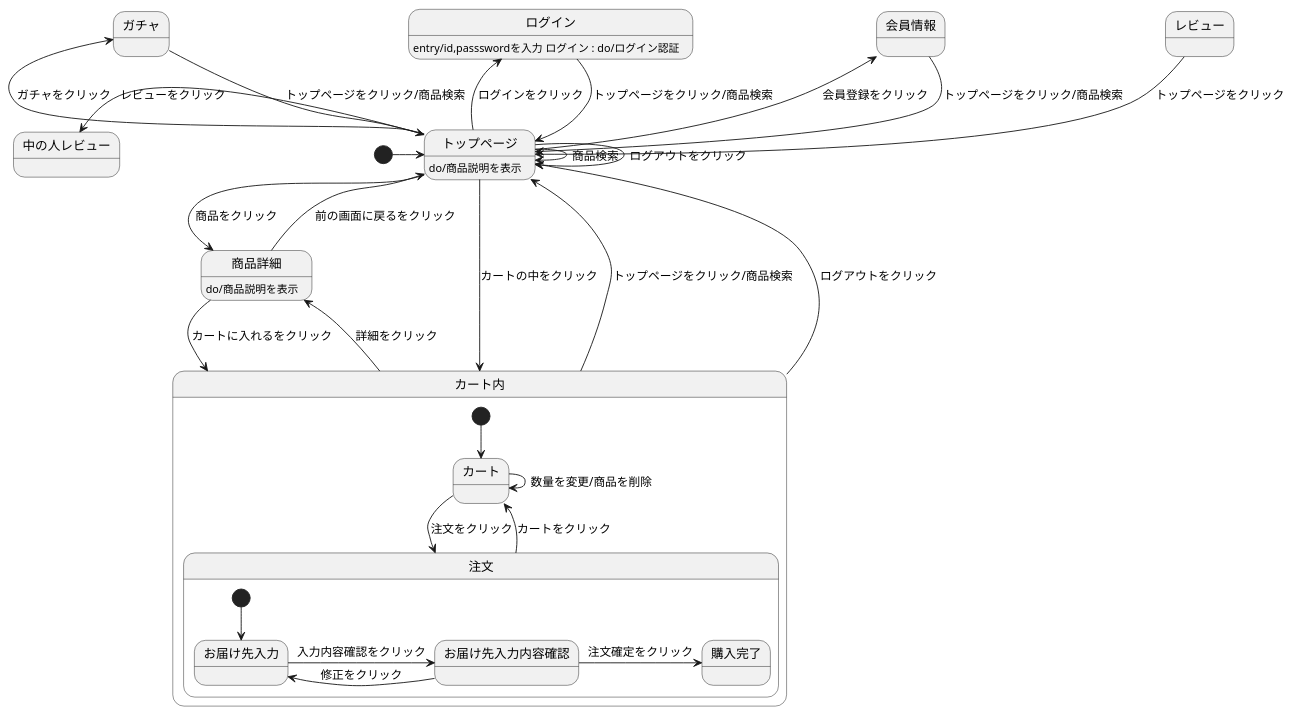
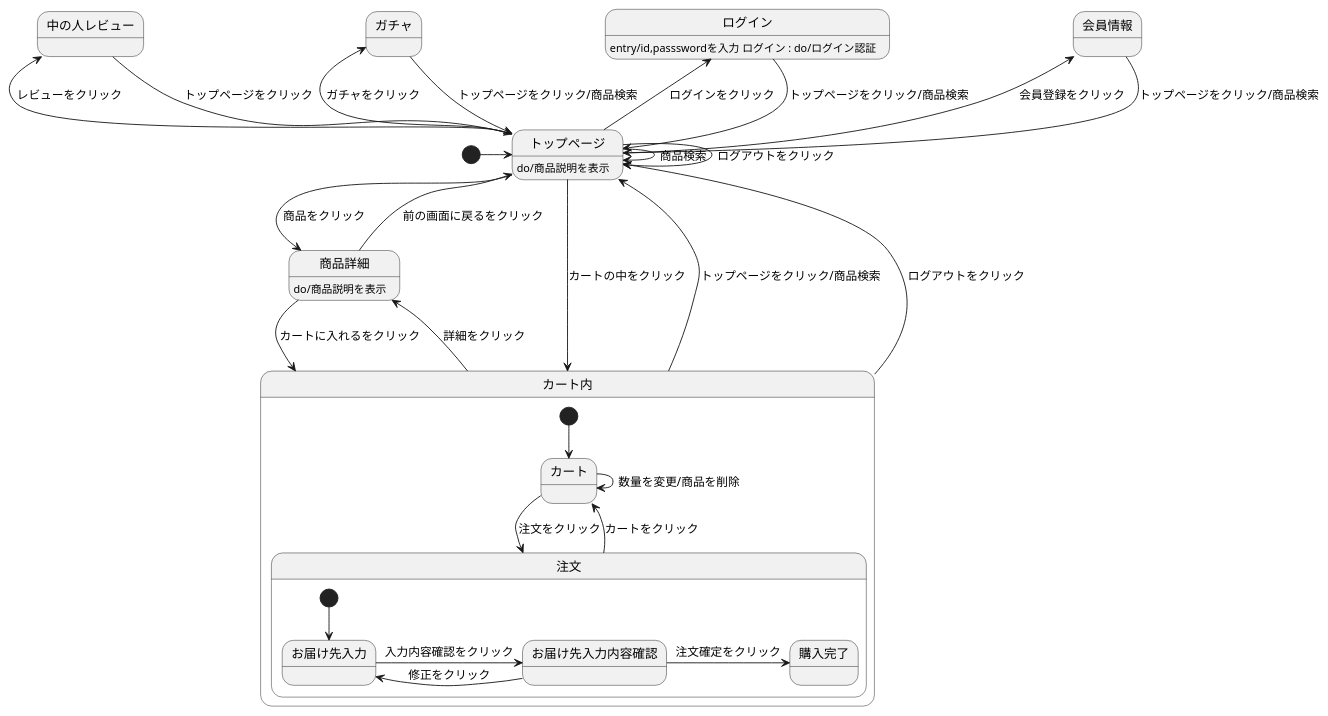
The diagram in 4_01.md (Aso2001220/2021sys-design), drawn with PlantUML before and after one commit.

````diff
--- a/4_01.md
+++ b/4_01.md
@@ -1,38 +1,38 @@
 ```uml
 @startuml
 
 [*] -> トップページ
 会員情報 --> トップページ : トップページをクリック/商品検索
 ログイン --> トップページ : トップページをクリック/商品検索
 ログイン : entry/id,passswordを入力 ログイン : do/ログイン認証
 トップページ --> トップページ : ログアウトをクリック
 トップページ -> トップページ : 商品検索
 トップページ -> 商品詳細 : 商品をクリック
 トップページ -left-> 会員情報 : 会員登録をクリック
 トップページ -left-> ログイン : ログインをクリック
 トップページ -left-> ガチャ : ガチャをクリック
 トップページ -left-> 中の人レビュー : レビューをクリック
 トップページ --> カート内 : カートの中をクリック
 トップページ : do/商品説明を表示
 商品詳細 --> カート内 : カートに入れるをクリック
 商品詳細 --> トップページ : 前の画面に戻るをクリック
 商品詳細 : do/商品説明を表示
 カート内 -up-> トップページ : トップページをクリック/商品検索
 カート内 -up-> トップページ : ログアウトをクリック
 カート内 -> 商品詳細 : 詳細をクリック
 ガチャ --> トップページ : トップページをクリック/商品検索
-レビュー --> トップページ : トップページをクリック
+中の人レビュー --> トップページ : トップページをクリック
 state カート内{
 [*] --> カート 
 カート -> 注文 : 注文をクリック
 カート -> カート : 数量を変更/商品を削除
 注文 --> カート : カートをクリック
 state 注文{ 
 [*] --> お届け先入力
 お届け先入力 -> お届け先入力内容確認 : 入力内容確認をクリック
 お届け先入力内容確認 -> お届け先入力 : 修正をクリック
 お届け先入力内容確認 -> 購入完了 : 注文確定をクリック
 } 
 }
 @enduml
 ```
````
